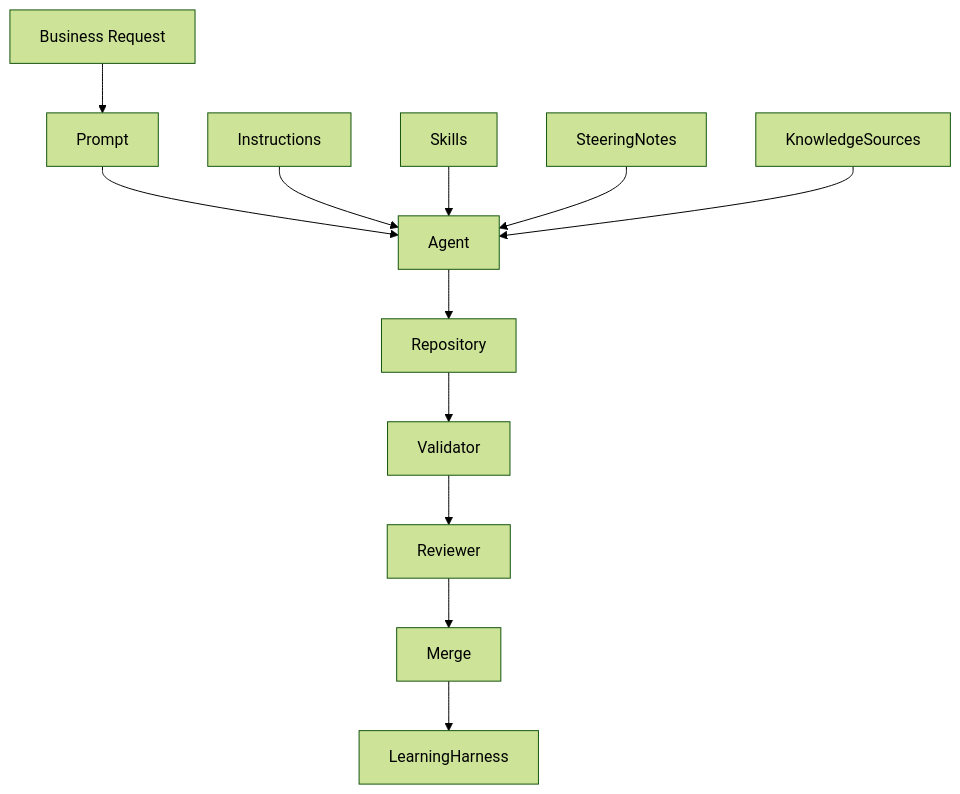
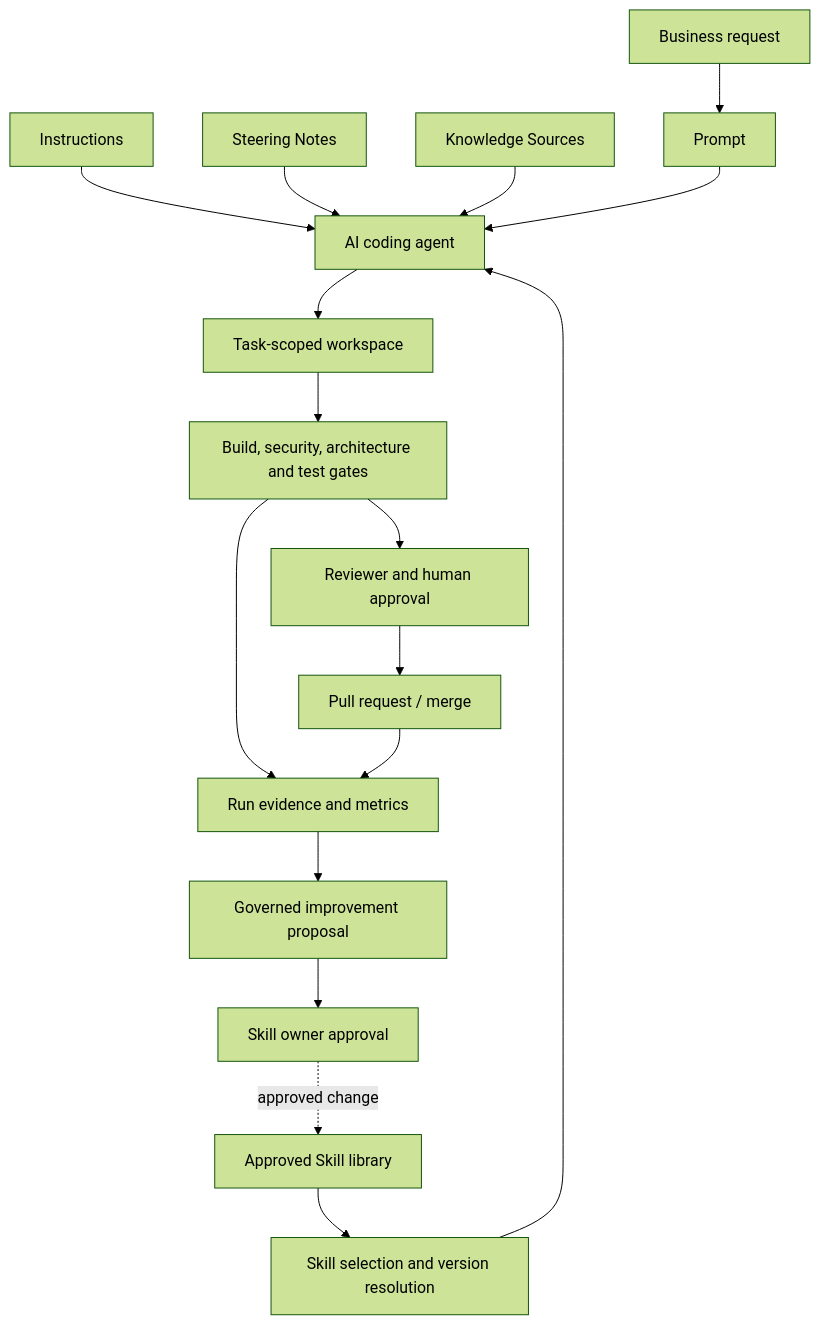
Before and after one commit to sheikh-zeeshan/Enterprise-AI-Engineering-Handbook: the fifth of 11 diagrams in book/07-skills.md, drawn with Mermaid (forest theme). The commit also changed other lines of this file and 49 other files, not shown here.

````diff
--- a/book/07-skills.md
+++ b/book/07-skills.md
@@ -785,27 +774,19 @@
 ```mermaid
 flowchart TB
-
-BusinessRequest["Business Request"]
-
-BusinessRequest --> Prompt
-
-Prompt --> Agent
-
-Instructions --> Agent
-
-Skills --> Agent
-
-SteeringNotes --> Agent
-
-KnowledgeSources --> Agent
-
-Agent --> Repository
-
-Repository --> Validator
-
-Validator --> Reviewer
-
-Reviewer --> Merge
-
-Merge --> LearningHarness
+    Request[Business request] --> Prompt[Prompt]
+    Instructions[Instructions] --> Agent[AI coding agent]
+    Steering[Steering Notes] --> Agent
+    Sources[Knowledge Sources] --> Agent
+    Prompt --> Agent
+    SkillCatalog[Approved Skill library] --> Resolver[Skill selection and version resolution]
+    Resolver --> Agent
+    Agent --> Workspace[Task-scoped workspace]
+    Workspace --> Gates[Build, security, architecture and test gates]
+    Gates --> Reviewer[Reviewer and human approval]
+    Reviewer --> PR[Pull request / merge]
+    Gates --> Evidence[Run evidence and metrics]
+    PR --> Evidence
+    Evidence --> Proposal[Governed improvement proposal]
+    Proposal --> Owner[Skill owner approval]
+    Owner -. approved change .-> SkillCatalog
 ```
````
